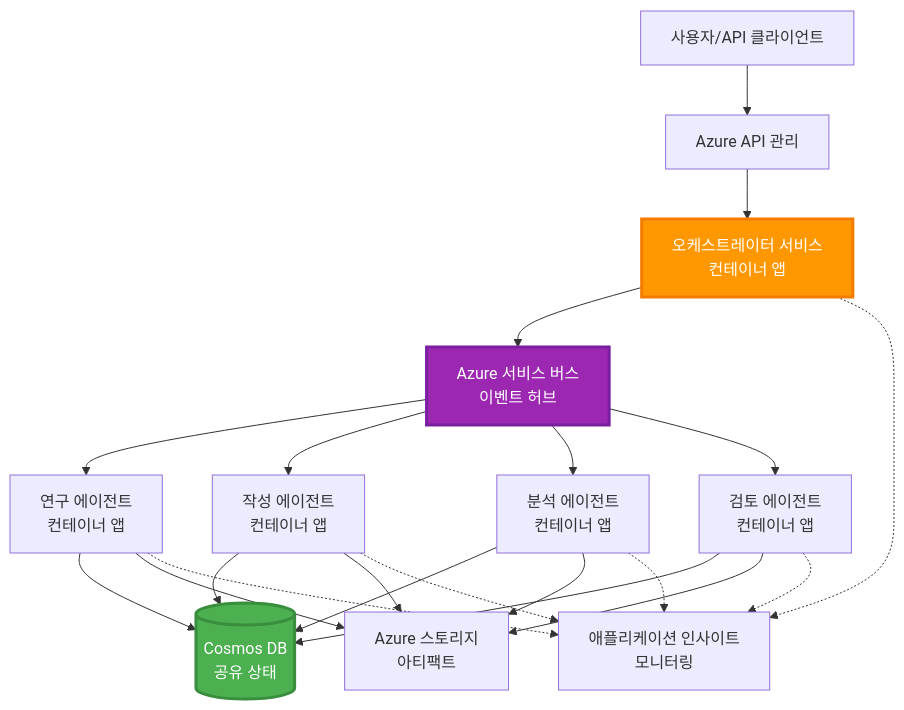
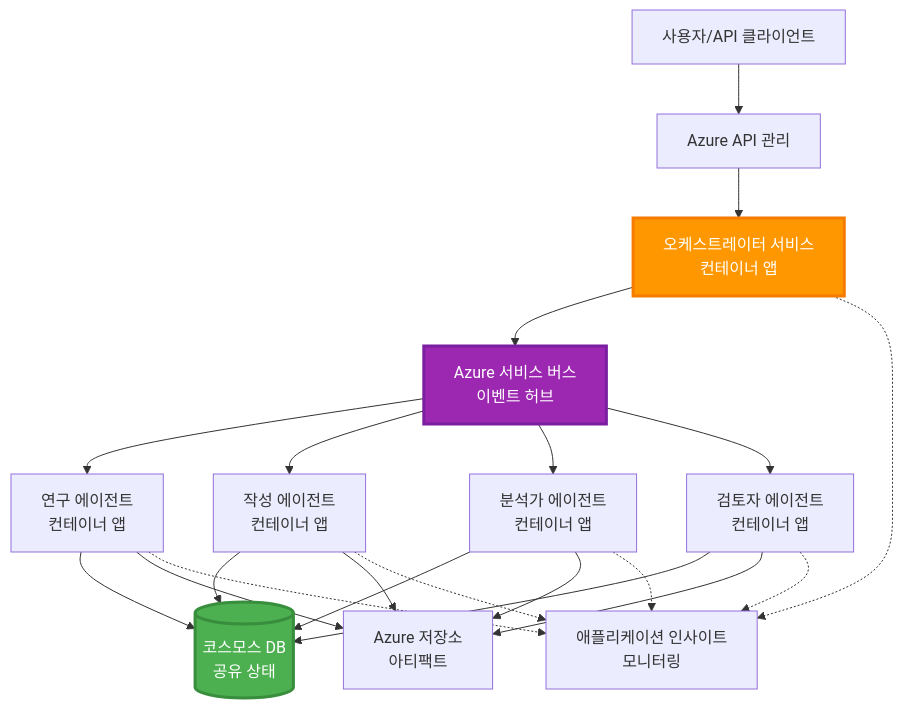
Before and after one commit to microsoft/AZD-for-beginners: the sixth of 6 diagrams in translations/ko/docs/chapter-06-pre-deployment/coordination-patterns.md, drawn with Mermaid. The commit also changed other lines of this file and 101 other files, not shown here.

````diff
--- a/translations/ko/docs/chapter-06-pre-deployment/coordination-patterns.md
+++ b/translations/ko/docs/chapter-06-pre-deployment/coordination-patterns.md
@@ -271,45 +265,45 @@
 ```mermaid
 graph TB
     User[사용자/API 클라이언트]
     APIM[Azure API 관리]
     Orchestrator[오케스트레이터 서비스<br/>컨테이너 앱]
     ServiceBus[Azure 서비스 버스<br/>이벤트 허브]
     
     Agent1[연구 에이전트<br/>컨테이너 앱]
     Agent2[작성 에이전트<br/>컨테이너 앱]
-    Agent3[분석 에이전트<br/>컨테이너 앱]
-    Agent4[검토 에이전트<br/>컨테이너 앱]
+    Agent3[분석가 에이전트<br/>컨테이너 앱]
+    Agent4[검토자 에이전트<br/>컨테이너 앱]
     
-    CosmosDB[(Cosmos DB<br/>공유 상태)]
-    Storage[Azure 스토리지<br/>아티팩트]
+    CosmosDB[(코스모스 DB<br/>공유 상태)]
+    Storage[Azure 저장소<br/>아티팩트]
     AppInsights[애플리케이션 인사이트<br/>모니터링]
     
     User --> APIM
     APIM --> Orchestrator
     
     Orchestrator --> ServiceBus
     ServiceBus --> Agent1
     ServiceBus --> Agent2
     ServiceBus --> Agent3
     ServiceBus --> Agent4
     
     Agent1 --> CosmosDB
     Agent2 --> CosmosDB
     Agent3 --> CosmosDB
     Agent4 --> CosmosDB
     
     Agent1 --> Storage
     Agent2 --> Storage
     Agent3 --> Storage
     Agent4 --> Storage
     
     Orchestrator -.-> AppInsights
     Agent1 -.-> AppInsights
     Agent2 -.-> AppInsights
     Agent3 -.-> AppInsights
     Agent4 -.-> AppInsights
     
     style Orchestrator fill:#FF9800,stroke:#F57C00,stroke-width:3px,color:#fff
     style ServiceBus fill:#9C27B0,stroke:#7B1FA2,stroke-width:3px,color:#fff
     style CosmosDB fill:#4CAF50,stroke:#388E3C,stroke-width:3px,color:#fff
 ```
````
